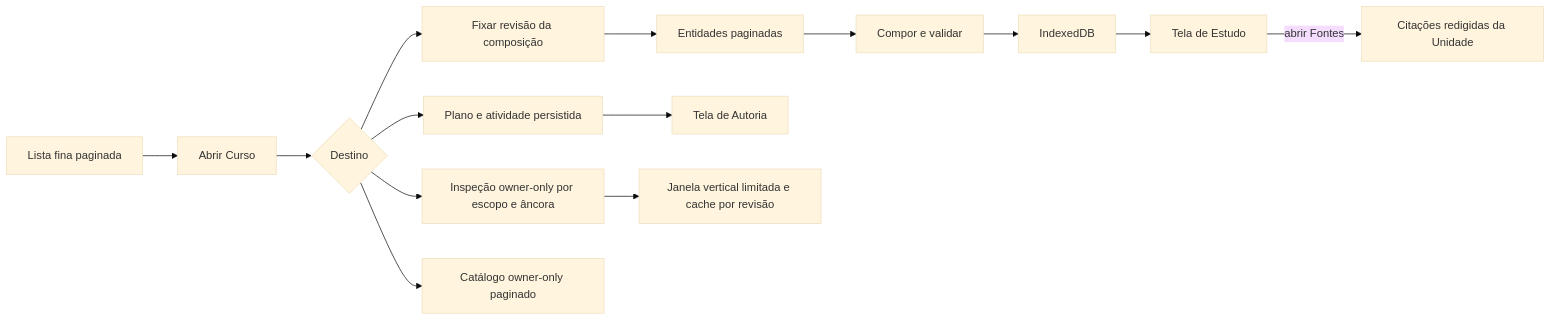
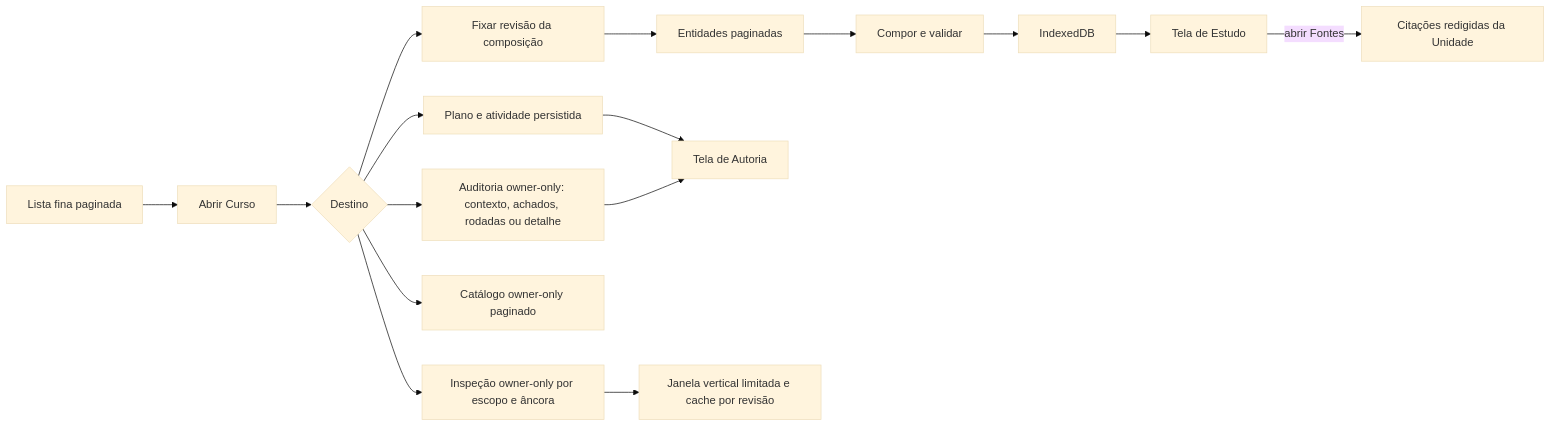
The second of 2 diagrams in docs/estado-atual-e-roadmap.md (fabio-ara/AraLearn), drawn with Mermaid (base theme) before and after one commit. The commit also changed other lines of this file and 69 other files, not shown here.

````diff
--- a/docs/estado-atual-e-roadmap.md
+++ b/docs/estado-atual-e-roadmap.md
@@ -82,16 +86,18 @@
 ```mermaid
 flowchart LR
     L[Lista fina paginada] --> O[Abrir Curso]
     O --> D{Destino}
     D --> A[Plano e atividade persistida]
     D --> R[Fixar revisão da composição]
     D --> IN[Inspeção owner-only por escopo e âncora]
     D --> F[Catálogo owner-only paginado]
+    D --> Q[Auditoria owner-only: contexto, achados, rodadas ou detalhe]
     R --> P[Entidades paginadas]
     P --> V[Compor e validar]
     V --> I[IndexedDB]
     A --> T[Tela de Autoria]
     IN --> W[Janela vertical limitada e cache por revisão]
+    Q --> T
     I --> U[Tela de Estudo]
     U -->|abrir Fontes| C[Citações redigidas da Unidade]
 ```
````
